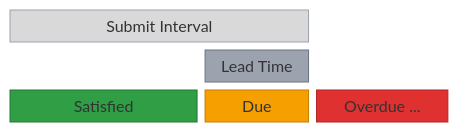
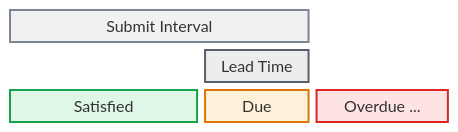
Before and after one commit to opus-safety/opus-knowledge-base: the third of 3 diagrams in docs/drafts/adding-a-new-document.md, drawn with Mermaid.

Commit message:
Update adding a new document
Published via More Buttons Chrome Extension

````diff
--- a/docs/drafts/adding-a-new-document.md
+++ b/docs/drafts/adding-a-new-document.md
@@ -275,19 +275,19 @@
     ```mermaid
     block-beta
       columns 16
       i["Submit Interval"]:11 space:5
       space:7 l["Lead Time"]:4 space:5
       s["Satisfied"]:7 d["Due"]:4 o["Overdue ..."]:5
 
-      classDef interval fill:#d9d9d9,stroke:#9ca3af,color:#374151;
-      classDef lead fill:#9ca3af,stroke:#6b7280,color:#1f2937;
-      classDef sat fill:#2f9e44,stroke:#237a34,color:#ffffff;
-      classDef due fill:#f59f00,stroke:#c47f00,color:#ffffff;
-      classDef over fill:#e03131,stroke:#b02525,color:#ffffff;
+      classDef interval stroke:#7d8590,fill:#9ca3af26,color:#374151,stroke-width:2px;
+      classDef lead stroke:#57606a,fill:#7d859026,color:#374151,stroke-width:2px;
+      classDef sat stroke:#16a34a,fill:#22c55e26,color:#14532d,stroke-width:2px;
+      classDef due stroke:#d97706,fill:#f59e0b26,color:#78350f,stroke-width:2px;
+      classDef over stroke:#dc2626,fill:#ef444426,color:#7f1d1d,stroke-width:2px;
 
       class i interval
       class l lead
       class s sat
       class d due
       class o over
     ```
````
